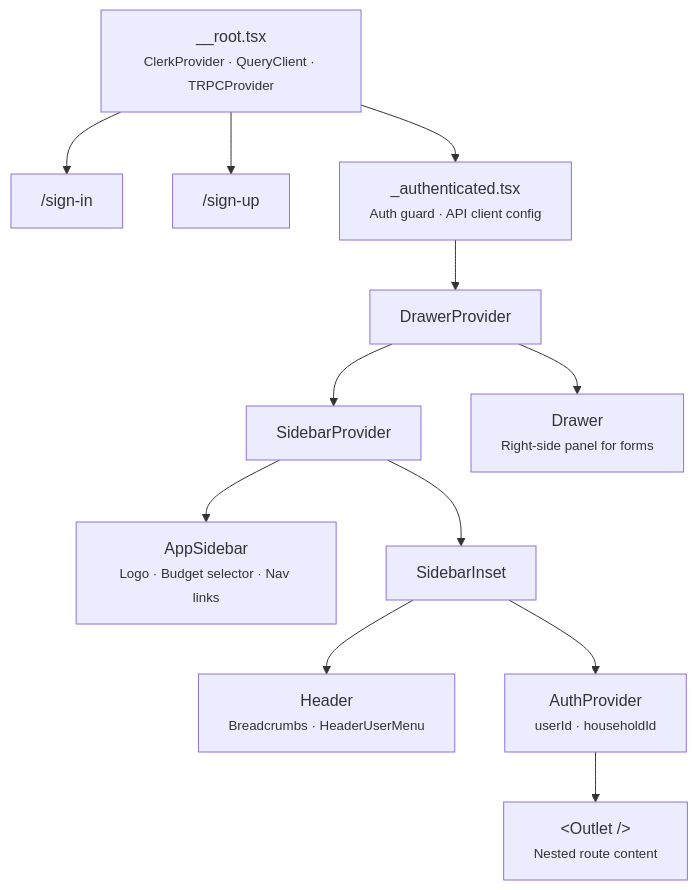
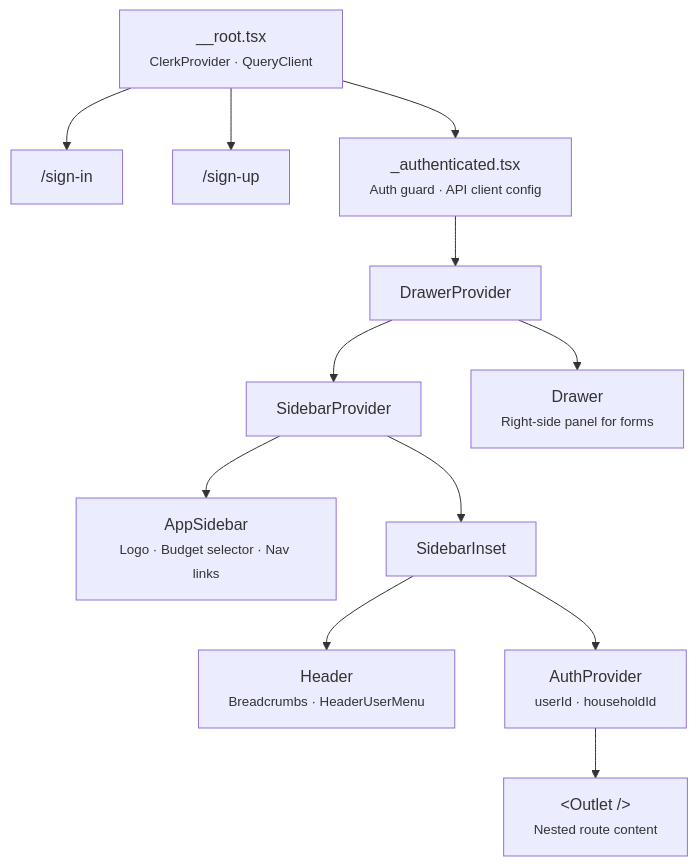
One commit to jonssons-io/project-yoshi changed the second of 7 diagrams in APPLICATION.md. Above: the diagram before and after it, drawn with Mermaid. The commit also changed other lines of this file and 59 other files, not shown here.

````diff
--- a/APPLICATION.md
+++ b/APPLICATION.md
@@ -98,20 +97,20 @@
 ```mermaid
 graph TD
-    Root["__root.tsx<br/><small>ClerkProvider · QueryClient · TRPCProvider</small>"]
+    Root["__root.tsx<br/><small>ClerkProvider · QueryClient</small>"]
 
     Root --> SignIn["/sign-in"]
     Root --> SignUp["/sign-up"]
     Root --> Auth["_authenticated.tsx<br/><small>Auth guard · API client config</small>"]
 
     Auth --> DrawerProvider
     DrawerProvider --> SidebarProvider
 
     SidebarProvider --> AppSidebar["AppSidebar<br/><small>Logo · Budget selector · Nav links</small>"]
     SidebarProvider --> SidebarInset
 
     SidebarInset --> Header["Header<br/><small>Breadcrumbs · HeaderUserMenu</small>"]
     SidebarInset --> AuthProvider["AuthProvider<br/><small>userId · householdId</small>"]
     AuthProvider --> Outlet["&lt;Outlet /&gt;<br/><small>Nested route content</small>"]
 
     DrawerProvider --> Drawer["Drawer<br/><small>Right-side panel for forms</small>"]
 ```
````
